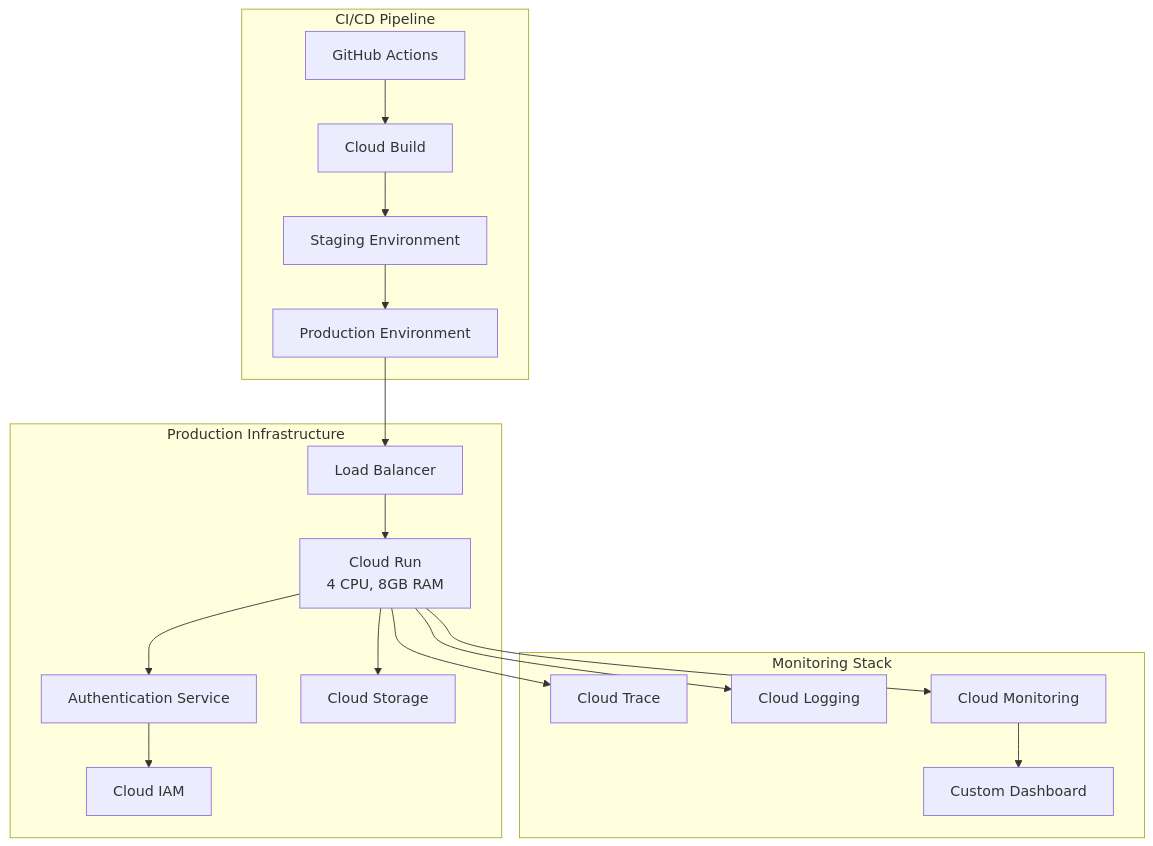
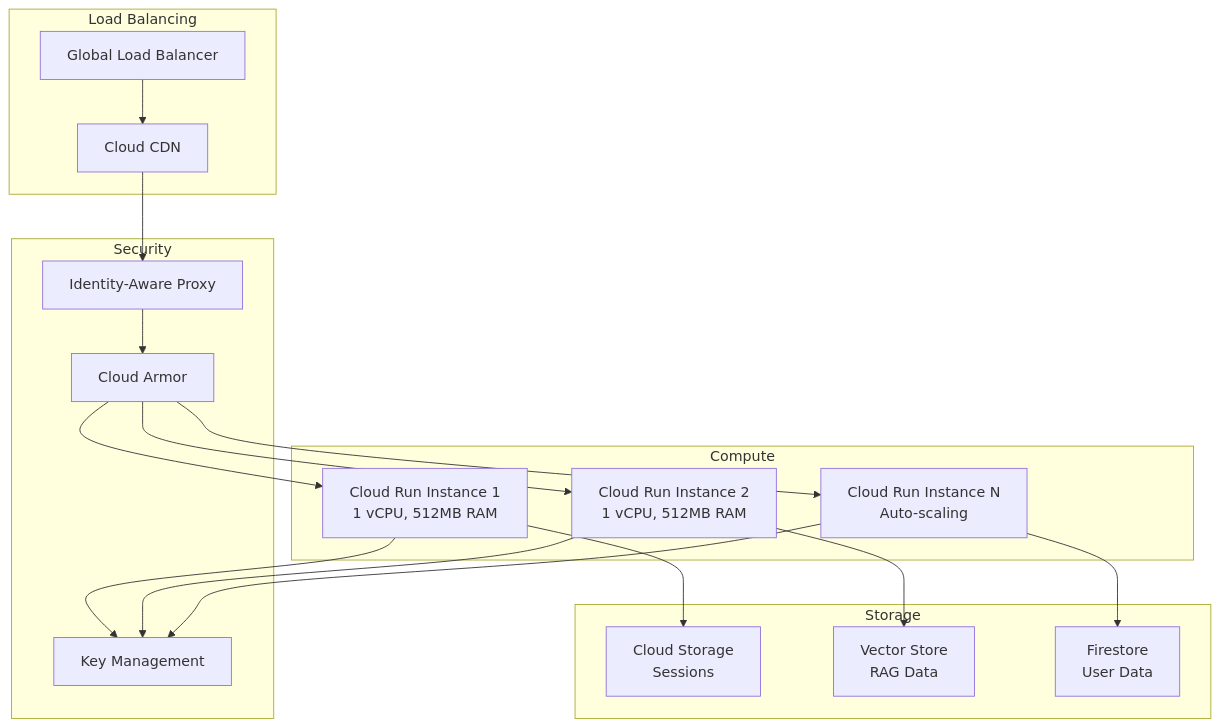
Before and after one commit to NickB03/vana: the sixth of 6 diagrams in README.md, drawn with Mermaid. The commit also changed other lines of this file and 2 other files, not shown here.

````diff
--- a/README.md
+++ b/README.md
@@ -557,39 +831,40 @@
 ```mermaid
 graph TB
-    subgraph "CI/CD Pipeline"
-        GH[GitHub Actions]
-        CB[Cloud Build]
-        STAGE[Staging Environment]
-        PROD[Production Environment]
+    subgraph "Load Balancing"
+        GLB[Global Load Balancer]
+        CDN[Cloud CDN]
     end
     
-    subgraph "Production Infrastructure"
-        LB[Load Balancer]
-        CR[Cloud Run<br/>4 CPU, 8GB RAM]
-        AUTH_SVC[Authentication Service]
-        GCS[Cloud Storage]
-        IAM[Cloud IAM]
+    subgraph "Compute"
+        CR1[Cloud Run Instance 1<br/>1 vCPU, 512MB RAM]
+        CR2[Cloud Run Instance 2<br/>1 vCPU, 512MB RAM]
+        CRN[Cloud Run Instance N<br/>Auto-scaling]
     end
     
-    subgraph "Monitoring Stack"
-        TRACE[Cloud Trace]
-        LOG[Cloud Logging]  
-        METRICS[Cloud Monitoring]
-        DASH[Custom Dashboard]
+    subgraph "Storage"
+        GCS[Cloud Storage<br/>Sessions]
+        VS[Vector Store<br/>RAG Data]
+        FB[Firestore<br/>User Data]
     end
     
-    GH --> CB
-    CB --> STAGE
-    STAGE --> PROD
+    subgraph "Security"
+        IAP[Identity-Aware Proxy]
+        FW[Cloud Armor]
+        KMS[Key Management]
+    end
     
-    PROD --> LB
-    LB --> CR
-    CR --> AUTH_SVC
-    CR --> GCS
-    AUTH_SVC --> IAM
+    GLB --> CDN
+    CDN --> IAP
+    IAP --> FW
+    FW --> CR1
+    FW --> CR2
+    FW --> CRN
     
-    CR --> TRACE
-    CR --> LOG
-    CR --> METRICS
-    METRICS --> DASH
+    CR1 --> GCS
+    CR2 --> VS
+    CRN --> FB
+    
+    CR1 --> KMS
+    CR2 --> KMS
+    CRN --> KMS
 ```
````
